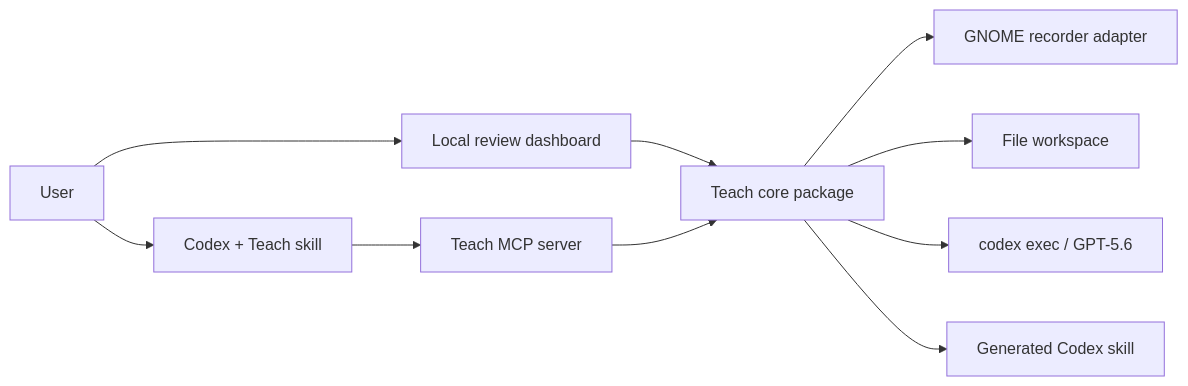
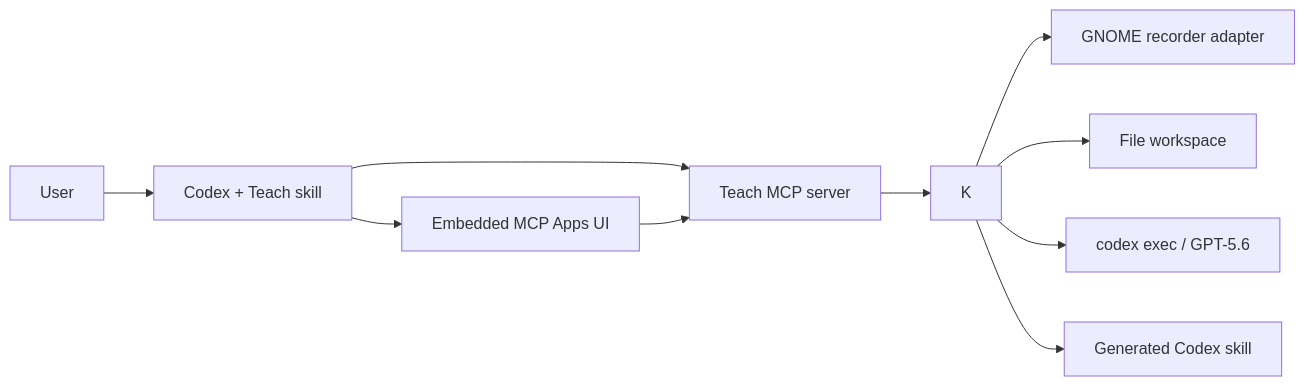
One commit to Zacxxx/teach changed the first of 2 diagrams in documentation/architecture.md. Above: the diagram before and after it, drawn with Mermaid. The commit also changed other lines of this file and 5 other files, not shown here.

Commit message:
docs: document the repaired installed teaching flow

````diff
--- a/documentation/architecture.md
+++ b/documentation/architecture.md
@@ -5,12 +5,12 @@
 ```mermaid
 flowchart LR
     U["User"] --> C["Codex + Teach skill"]
+    C --> W["Embedded MCP Apps UI"]
     C --> M["Teach MCP server"]
-    U --> W["Local review dashboard"]
-    W --> K["Teach core package"]
+    W --> M
     M --> K
     K --> R["GNOME recorder adapter"]
     K --> F["File workspace"]
     K --> X["codex exec / GPT-5.6"]
     K --> S["Generated Codex skill"]
 ```
````
